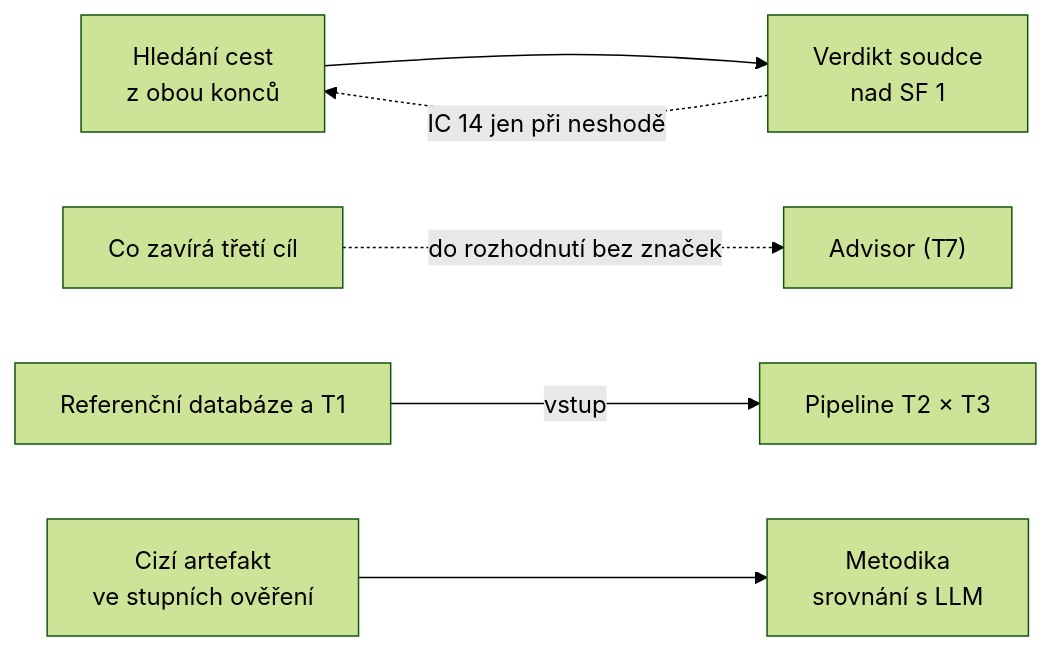
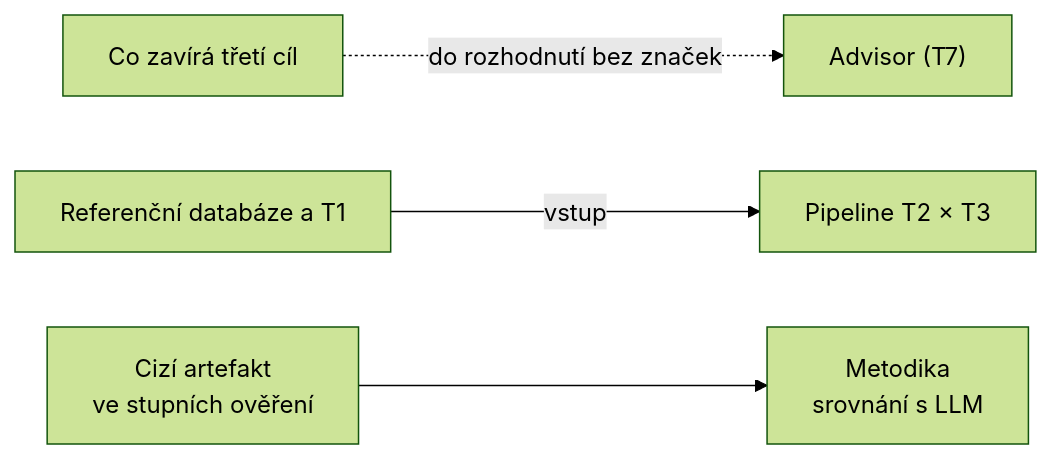
One commit to MiraStochel/orm-convertor changed the diagram in docs/open-items.md. Above: the diagram before and after it, drawn with Mermaid (forest theme). The commit also changed other lines of this file and 4 other files, not shown here.

````diff
--- a/docs/open-items.md
+++ b/docs/open-items.md
@@ -69,8 +69,6 @@
 ```mermaid
 flowchart LR
-    W["Hledání cest<br/>z obou konců"] --> V["Verdikt soudce<br/>nad SF 1"]
-    V -.->|"IC 14 jen při neshodě"| W
     G["Co zavírá třetí cíl"] -.->|"do rozhodnutí bez značek"| A["Advisor (T7)"]
     DB["Referenční databáze a T1"] -->|vstup| P["Pipeline T2 × T3"]
     X["Cizí artefakt<br/>ve stupních ověření"] --> L["Metodika<br/>srovnání s LLM"]
 ```
````
